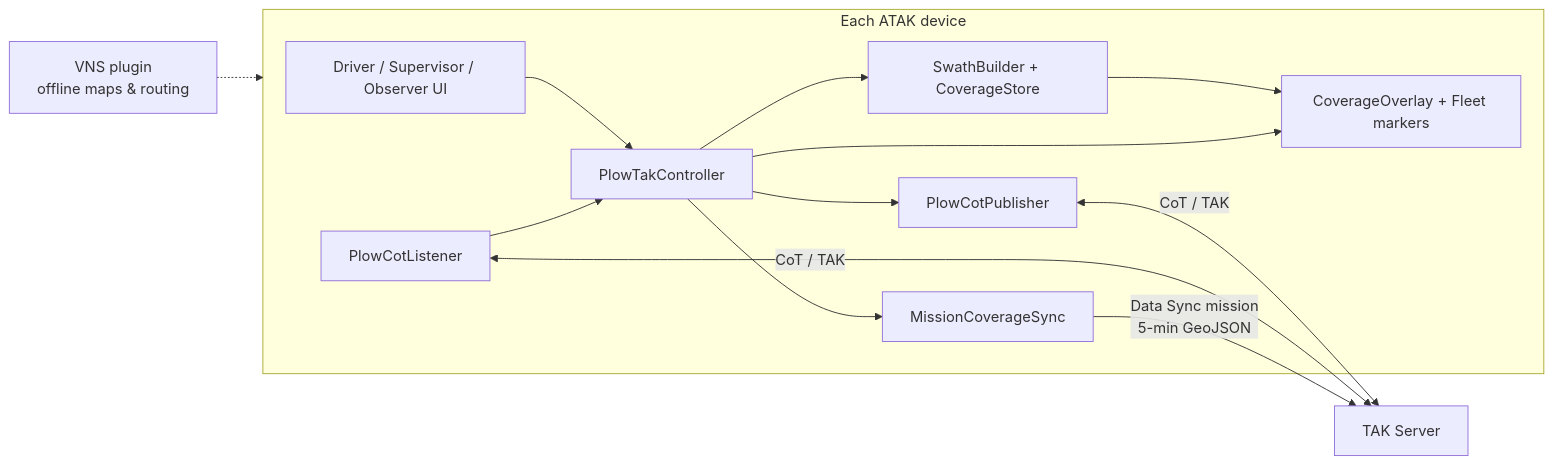
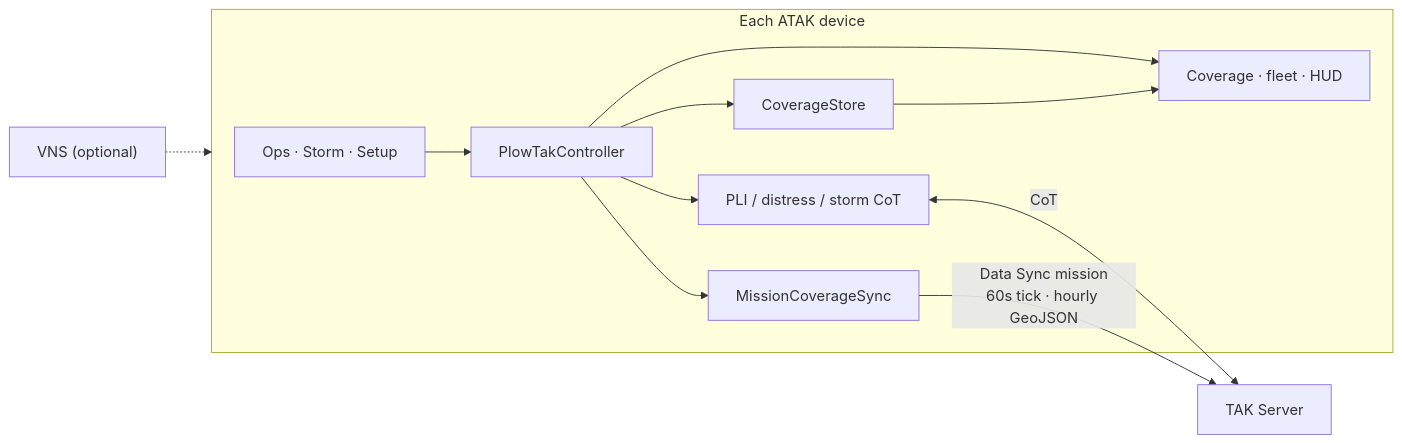
Before and after one commit to CopIXus/PlowTAK: the first of 2 diagrams in README.md, drawn with Mermaid. The commit also changed other lines of this file and 11 other files, not shown here.

Commit message:
Refresh README and graphics for current PlowTAK features.

````diff
--- a/README.md
+++ b/README.md
@@ -33,23 +62,20 @@
 ```mermaid
 flowchart LR
   subgraph Device["Each ATAK device"]
-    UI["Driver / Supervisor / Observer UI"]
+    UI["Ops · Storm · Setup"]
     Ctrl["PlowTakController"]
-    Swath["SwathBuilder + CoverageStore"]
-    CotPub["PlowCotPublisher"]
-    CotLis["PlowCotListener"]
+    Store["CoverageStore"]
+    Cot["PLI / distress / storm CoT"]
     Sync["MissionCoverageSync"]
-    Overlay["CoverageOverlay + Fleet markers"]
+    Map["Coverage · fleet · HUD"]
     UI --> Ctrl
-    Ctrl --> Swath
-    Ctrl --> CotPub
+    Ctrl --> Store
+    Ctrl --> Cot
     Ctrl --> Sync
-    CotLis --> Ctrl
-    Swath --> Overlay
-    Ctrl --> Overlay
+    Ctrl --> Map
+    Store --> Map
   end
-  CotPub <-->|"CoT / TAK"| TAK["TAK Server"]
-  CotLis <-->|"CoT / TAK"| TAK
-  Sync -->|"Data Sync mission<br/>5-min GeoJSON"| TAK
-  VNS["VNS plugin<br/>offline maps & routing"] -.-> Device
+  Cot <-->|"CoT"| TAK["TAK Server"]
+  Sync -->|"Data Sync mission<br/>60s tick · hourly GeoJSON"| TAK
+  VNS["VNS (optional)"] -.-> Device
 ```
````
